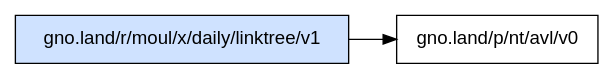
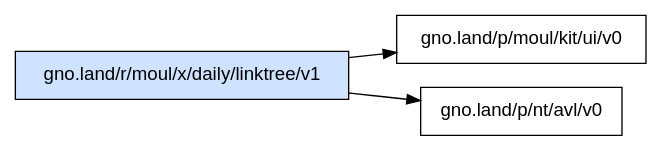
One commit to moul/gno-contracts changed the diagram in _assets/gno.land/r/moul/x/daily/linktree/v1/deps.dot. Above: the diagram before and after it, drawn with Graphviz. The commit also changed 49 other files, not shown here.

Commit message:
chore: regenerate catalog, graphs and on-chain status [skip ci]

```diff
--- a/_assets/gno.land/r/moul/x/daily/linktree/v1/deps.dot
+++ b/_assets/gno.land/r/moul/x/daily/linktree/v1/deps.dot
@@ -1,6 +1,7 @@
 digraph deps {
   rankdir=LR;
   node [shape=box, fontname="sans-serif"];
   "gno.land/r/moul/x/daily/linktree/v1" [style=filled, fillcolor="#cfe2ff"];
+  "gno.land/r/moul/x/daily/linktree/v1" -> "gno.land/p/moul/kit/ui/v0";
   "gno.land/r/moul/x/daily/linktree/v1" -> "gno.land/p/nt/avl/v0";
 }
```
